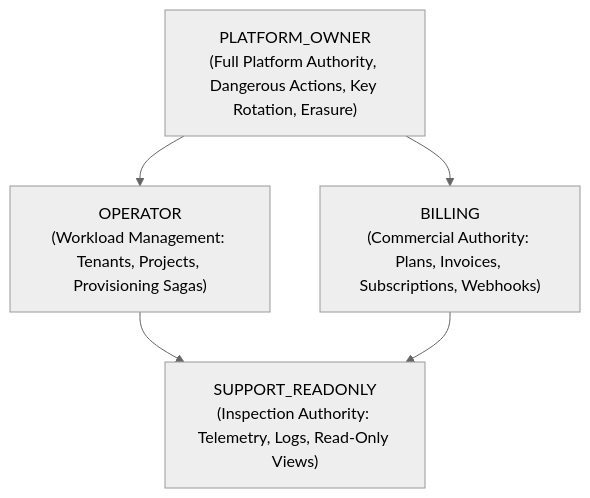
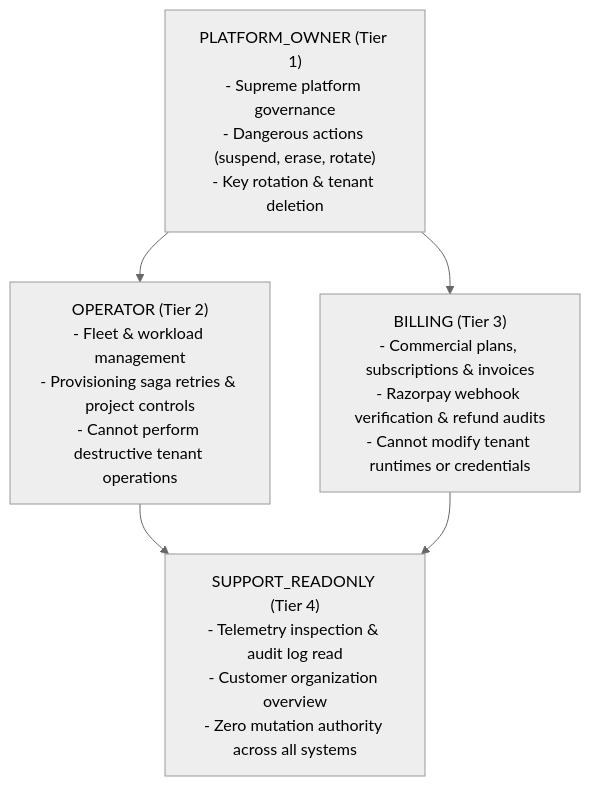
Before and after one commit to Nikhil-ig/OrbitoX-Platform: the first of 3 diagrams in docs/ui-reset/phase-7c/06_PERMISSION_AND_SECURITY_MATRIX.md, drawn with Mermaid (neutral theme). The commit also changed other lines of this file and 4 other files, not shown here.

````diff
--- a/docs/ui-reset/phase-7c/06_PERMISSION_AND_SECURITY_MATRIX.md
+++ b/docs/ui-reset/phase-7c/06_PERMISSION_AND_SECURITY_MATRIX.md
@@ -15,12 +16,12 @@
 ```mermaid
 graph TD
-    OWNER["PLATFORM_OWNER\n(Full Platform Authority, Dangerous Actions, Key Rotation, Erasure)"]
-    OPERATOR["OPERATOR\n(Workload Management: Tenants, Projects, Provisioning Sagas)"]
-    BILLING["BILLING\n(Commercial Authority: Plans, Invoices, Subscriptions, Webhooks)"]
-    READONLY["SUPPORT_READONLY\n(Inspection Authority: Telemetry, Logs, Read-Only Views)"]
+    OWNER["PLATFORM_OWNER (Tier 1)\n- Supreme platform governance\n- Dangerous actions (suspend, erase, rotate)\n- Key rotation & tenant deletion"]
+    OPERATOR["OPERATOR (Tier 2)\n- Fleet & workload management\n- Provisioning saga retries & project controls\n- Cannot perform destructive tenant operations"]
+    BILLING["BILLING (Tier 3)\n- Commercial plans, subscriptions & invoices\n- Razorpay webhook verification & refund audits\n- Cannot modify tenant runtimes or credentials"]
+    SUPPORT["SUPPORT_READONLY (Tier 4)\n- Telemetry inspection & audit log read\n- Customer organization overview\n- Zero mutation authority across all systems"]
 
     OWNER --> OPERATOR
+    OPERATOR --> SUPPORT
     OWNER --> BILLING
-    OPERATOR --> READONLY
-    BILLING --> READONLY
+    BILLING --> SUPPORT
 ```
````
